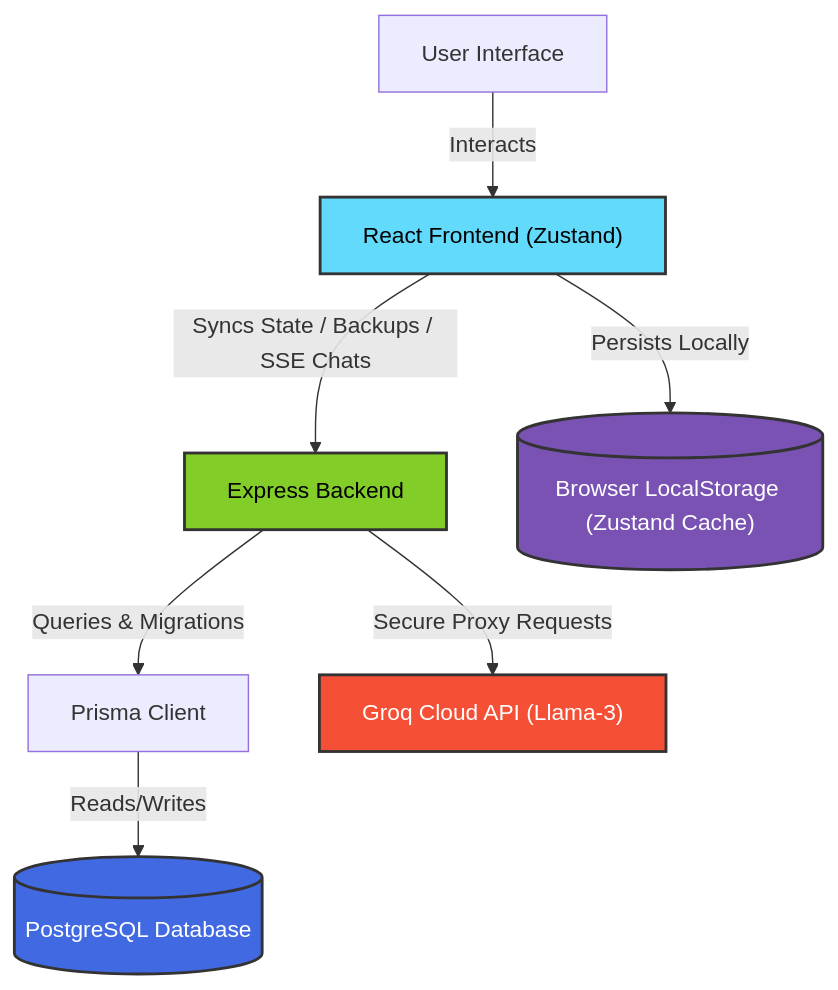
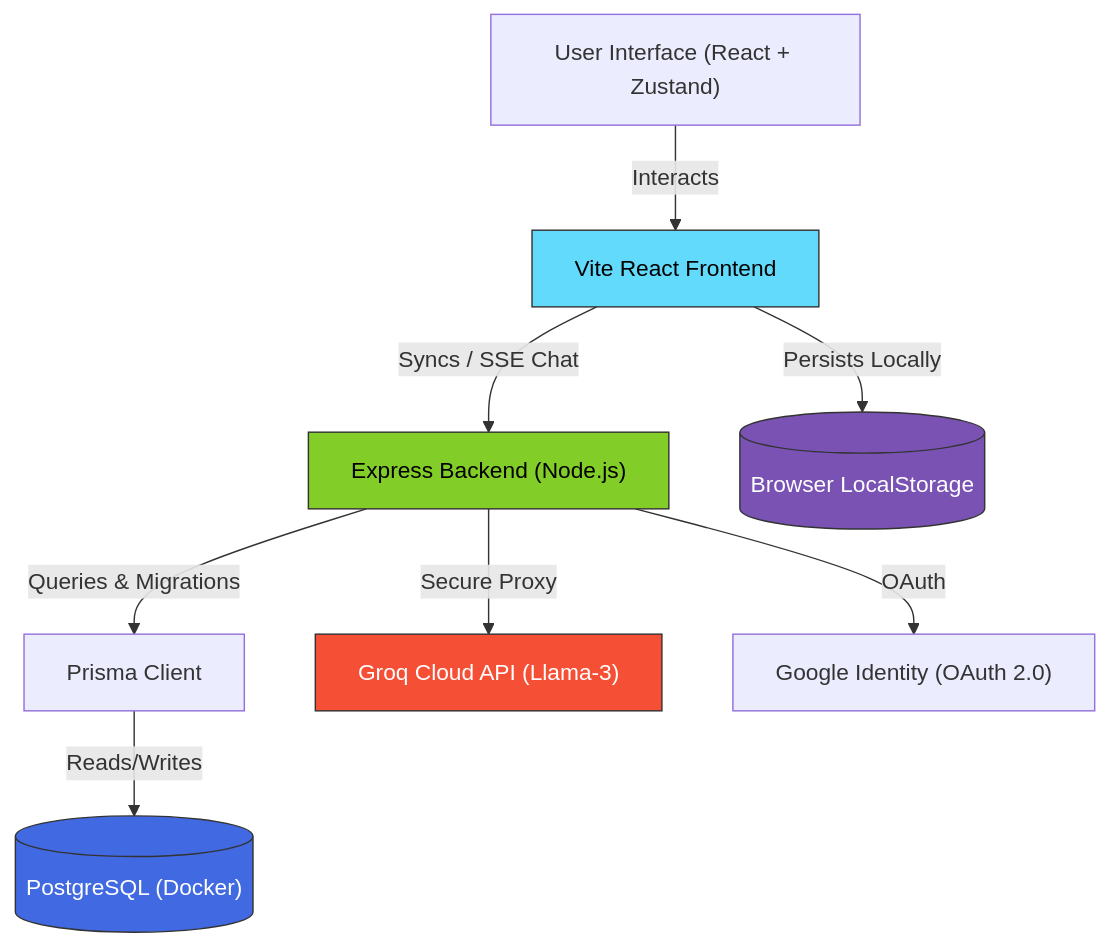
One commit to Sanjay190806/PathFinder changed the diagram in SanzzOS-main/SanzzOS-main/README.md. Above: the diagram before and after it, drawn with Mermaid. The commit also changed other lines of this file and 88 other files, not shown here.

````diff
--- a/SanzzOS-main/SanzzOS-main/README.md
+++ b/SanzzOS-main/SanzzOS-main/README.md
@@ -136,15 +222,16 @@
 ```mermaid
 graph TD
-    User["User Interface"] -->|Interacts| FE["React Frontend (Zustand)"]
-    FE -->|Syncs State / Backups / SSE Chats| BE["Express Backend"]
-    FE -->|Persists Locally| LS[("Browser LocalStorage (Zustand Cache)")]
+    User["User Interface (React + Zustand)"] -->|Interacts| FE["Vite React Frontend"]
+    FE -->|Syncs / SSE Chat| BE["Express Backend (Node.js)"]
+    FE -->|Persists Locally| LS[("Browser LocalStorage")]
     BE -->|Queries & Migrations| ORM["Prisma Client"]
-    ORM -->|Reads/Writes| DB[("PostgreSQL Database")]
-    BE -->|Secure Proxy Requests| AI["Groq Cloud API (Llama-3)"]
+    ORM -->|Reads/Writes| DB[("PostgreSQL (Docker)")]
+    BE -->|Secure Proxy| AI["Groq Cloud API (Llama-3)"]
+    BE -->|OAuth| Google["Google Identity (OAuth 2.0)"]
 
-    style FE fill:#61dafb,stroke:#333,stroke-width:2px,color:#000
-    style BE fill:#83cd29,stroke:#333,stroke-width:2px,color:#000
-    style DB fill:#4169e1,stroke:#333,stroke-width:2px,color:#fff
-    style LS fill:#7952b3,stroke:#333,stroke-width:2px,color:#fff
-    style AI fill:#f55036,stroke:#333,stroke-width:2px,color:#fff
+    style FE fill:#61dafb,stroke:#333,color:#000
+    style BE fill:#83cd29,stroke:#333,color:#000
+    style DB fill:#4169e1,stroke:#333,color:#fff
+    style LS fill:#7952b3,stroke:#333,color:#fff
+    style AI fill:#f55036,stroke:#333,color:#fff
 ```
````
